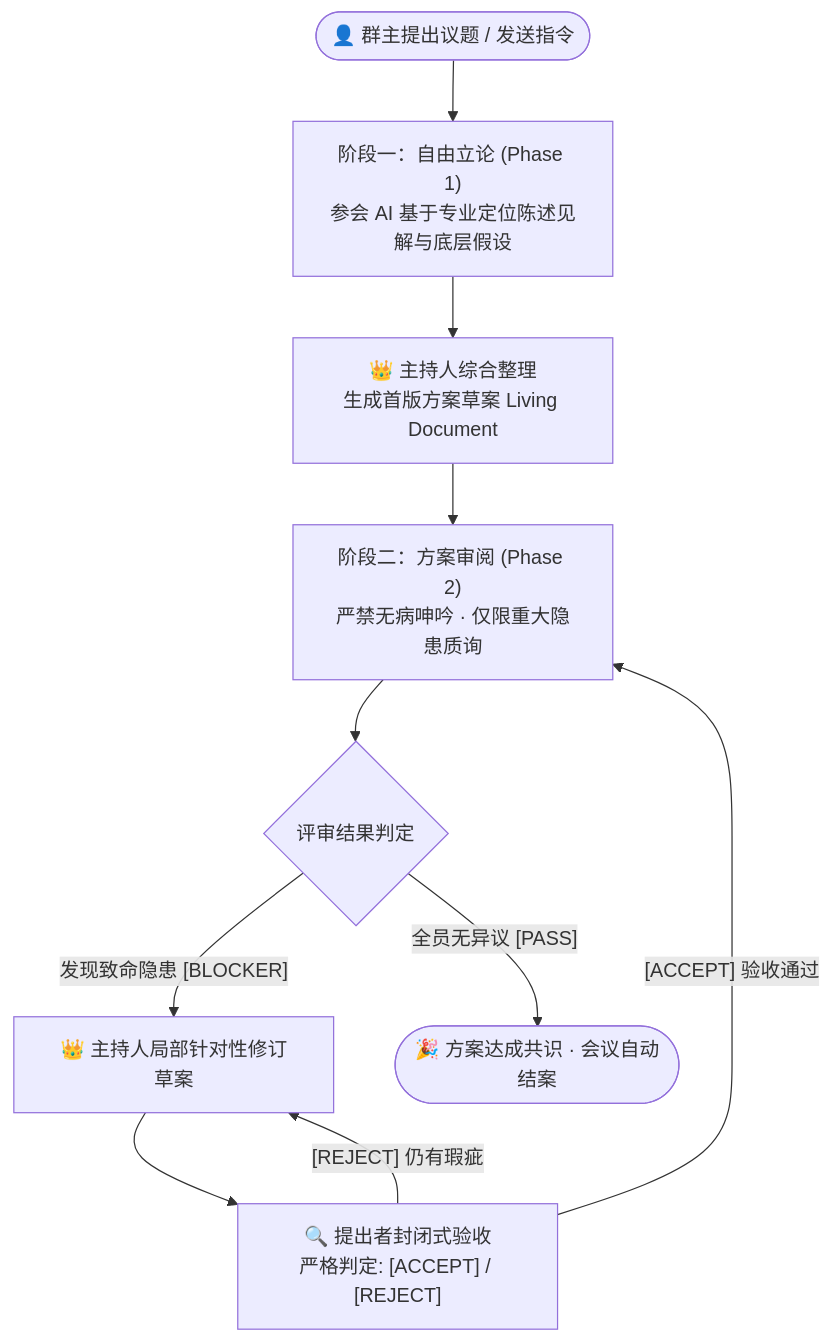
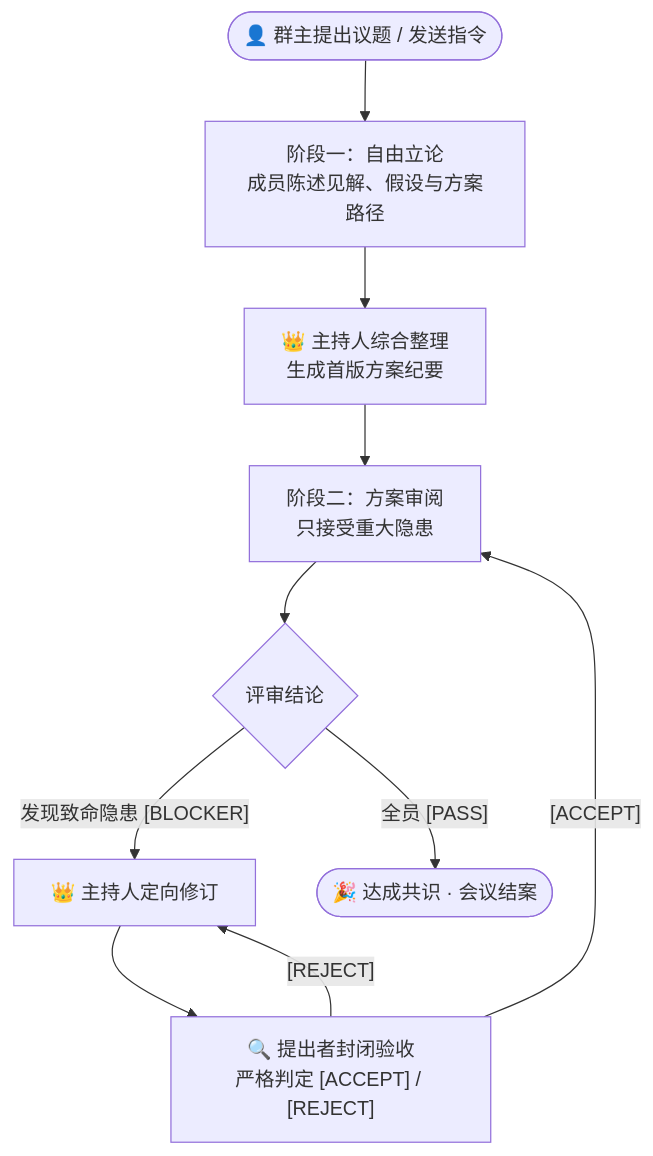
One commit to BinaryAlan/ai-atelier changed the diagram in README_zh.md. Above: the diagram before and after it, drawn with Mermaid. The commit also changed other lines of this file and 2 other files, not shown here.

Commit message:
docs: 重构中英文 README（目录/限制/排查）+ 新增虚构数据演示动图

````diff
--- a/README_zh.md
+++ b/README_zh.md
@@ -45,14 +66,15 @@
 ```mermaid
 flowchart TD
-    User(["👤 群主提出议题 / 发送指令"]) --> Phase1["阶段一：自由立论 (Phase 1)<br/>参会 AI 基于专业定位陈述见解与底层假设"]
-    Phase1 --> Synthesis["👑 主持人综合整理<br/>生成首版方案草案 Living Document"]
-    Synthesis --> Phase2["阶段二：方案审阅 (Phase 2)<br/>严禁无病呻吟 · 仅限重大隐患质询"]
-    
-    Phase2 --> Check{"评审结果判定"}
-    Check -->|"发现致命隐患 [BLOCKER]"| Revision["👑 主持人局部针对性修订草案"]
-    Revision --> Verify["🔍 提出者封闭式验收<br/>严格判定: [ACCEPT] / [REJECT]"]
-    Verify -->|"[ACCEPT] 验收通过"| Phase2
-    Verify -->|"[REJECT] 仍有瑕疵"| Revision
-    
-    Check -->|"全员无异议 [PASS]"| Concluded(["🎉 方案达成共识 · 会议自动结案"])
+    User(["👤 群主提出议题 / 发送指令"]) --> Phase1["阶段一：自由立论<br/>成员陈述见解、假设与方案路径"]
+    Phase1 --> Synthesis["👑 主持人综合整理<br/>生成首版方案纪要"]
+
+    Synthesis --> Phase2["阶段二：方案审阅<br/>只接受重大隐患"]
+    Phase2 --> Check{"评审结论"}
+
+    Check -->|"发现致命隐患 [BLOCKER]"| Revision["👑 主持人定向修订"]
+    Revision --> Verify["🔍 提出者封闭验收<br/>严格判定 [ACCEPT] / [REJECT]"]
+    Verify -->|"[ACCEPT]"| Phase2
+    Verify -->|"[REJECT]"| Revision
+
+    Check -->|"全员 [PASS]"| Concluded(["🎉 达成共识 · 会议结案"])
 ```
````
